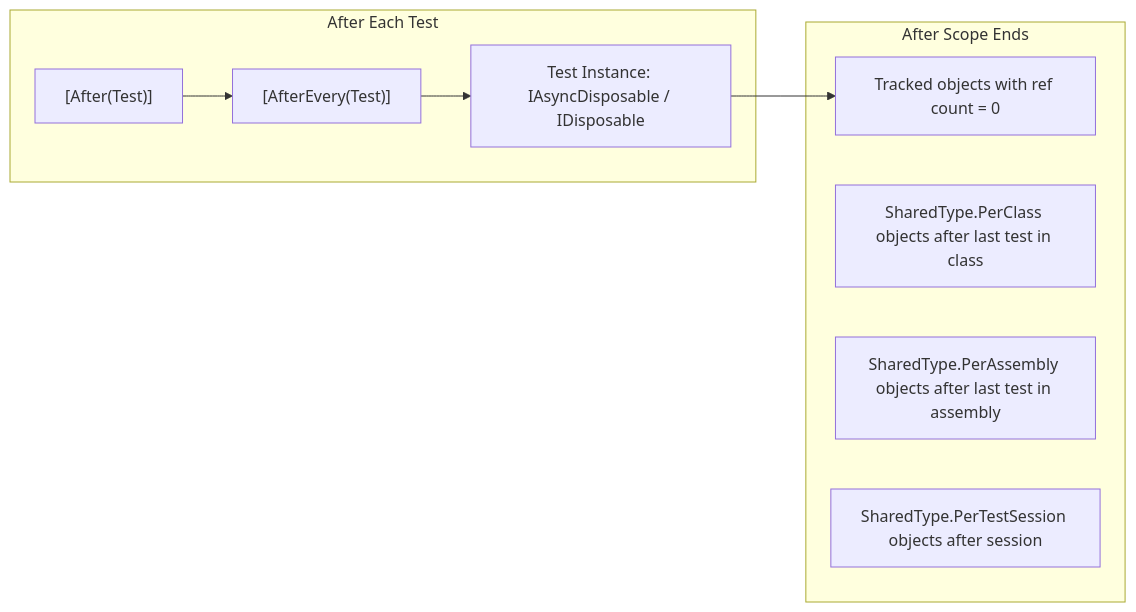
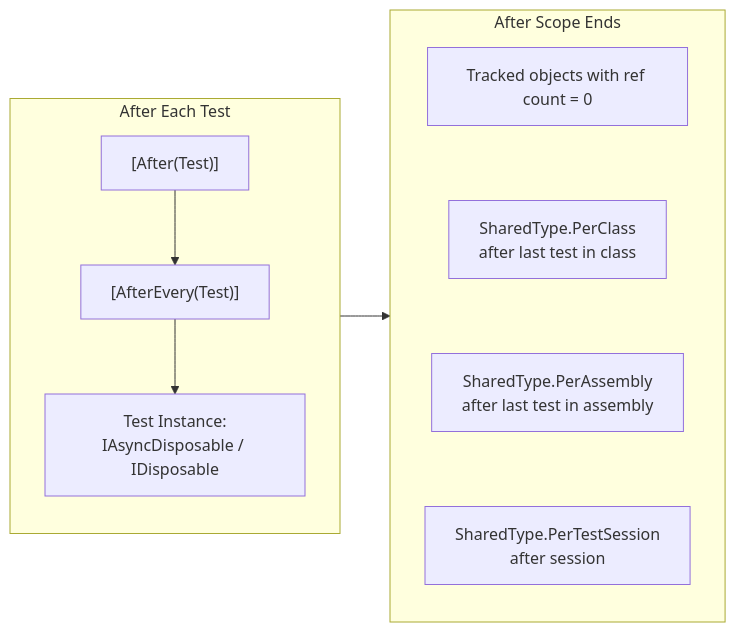
Before and after one commit to thomhurst/TUnit: the eighth of 10 diagrams in docs/docs/writing-tests/lifecycle.md, drawn with Mermaid. The commit also changed other lines of this file and 2 other files, not shown here.

First line of the commit message:
fix(docs): make Mermaid lifecycle diagrams readable

````diff
--- a/docs/docs/writing-tests/lifecycle.md
+++ b/docs/docs/writing-tests/lifecycle.md
@@ -244,17 +218,21 @@
 ```mermaid
 flowchart LR
     subgraph AfterTest["After Each Test"]
+        direction TB
         A1["[After(Test)]"]
         A2["[AfterEvery(Test)]"]
-        A3["Test Instance: IAsyncDisposable / IDisposable"]
+        A3["Test Instance:<br/>IAsyncDisposable / IDisposable"]
+        A1 --> A2 --> A3
     end
 
     subgraph AfterScope["After Scope Ends"]
+        direction TB
         B1["Tracked objects with ref count = 0"]
-        B2["SharedType.PerClass objects after last test in class"]
-        B3["SharedType.PerAssembly objects after last test in assembly"]
-        B4["SharedType.PerTestSession objects after session"]
+        B2["SharedType.PerClass<br/>after last test in class"]
+        B3["SharedType.PerAssembly<br/>after last test in assembly"]
+        B4["SharedType.PerTestSession<br/>after session"]
+        B1 ~~~ B2 ~~~ B3 ~~~ B4
     end
 
-    A1 --> A2 --> A3 --> B1
+    AfterTest --> AfterScope
 ```
````
